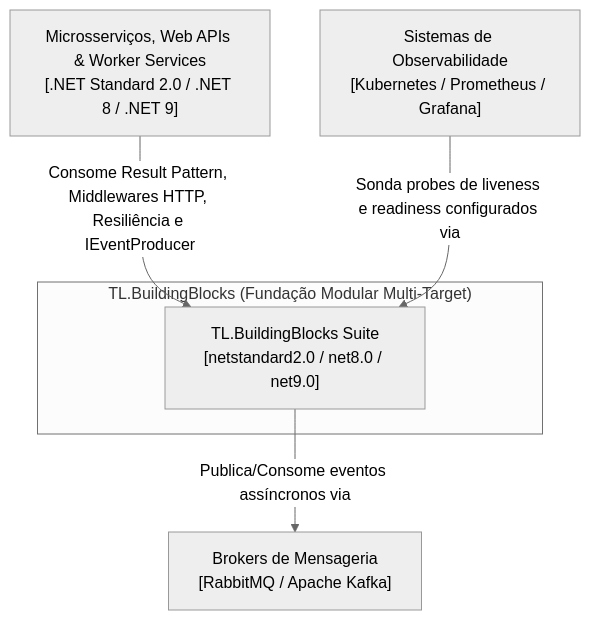
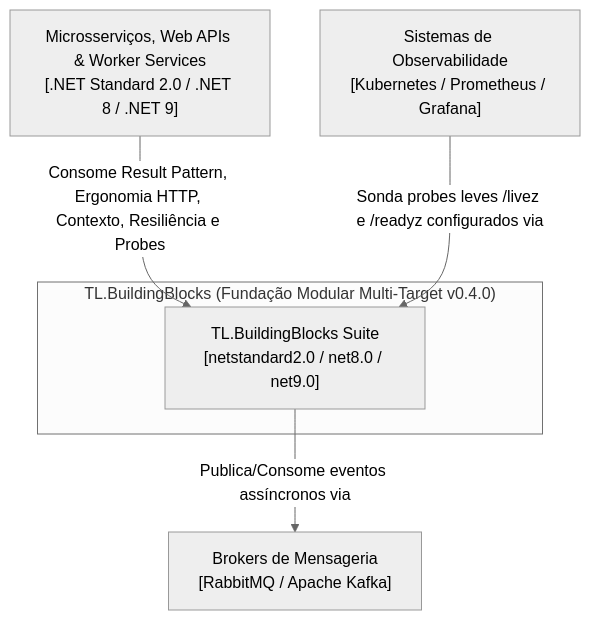
The first of 2 diagrams in docs/arquitetura/visao-geral.md (thaylonlopes/BuildingBlocks), drawn with Mermaid (neutral theme) before and after one commit. The commit also changed other lines of this file and 11 other files, not shown here.

````diff
--- a/docs/arquitetura/visao-geral.md
+++ b/docs/arquitetura/visao-geral.md
@@ -22,14 +21,14 @@
 ```mermaid
 graph TD
     Client["Microsserviços, Web APIs & Worker Services<br/>[.NET Standard 2.0 / .NET 8 / .NET 9]"]
     Prometheus["Sistemas de Observabilidade<br/>[Kubernetes / Prometheus / Grafana]"]
     Brokers["Brokers de Mensageria<br/>[RabbitMQ / Apache Kafka]"]
 
-    subgraph BuildingBlocksSystem ["TL.BuildingBlocks (Fundação Modular Multi-Target)"]
+    subgraph BuildingBlocksSystem ["TL.BuildingBlocks (Fundação Modular Multi-Target v0.4.0)"]
         BB["TL.BuildingBlocks Suite<br/>[netstandard2.0 / net8.0 / net9.0]"]
     end
 
-    Client -->|"Consome Result Pattern, Middlewares HTTP, Resiliência e IEventProducer"| BB
+    Client -->|"Consome Result Pattern, Ergonomia HTTP, Contexto, Resiliência e Probes"| BB
     BB -->|"Publica/Consome eventos assíncronos via"| Brokers
-    Prometheus -->|"Sonda probes de liveness e readiness configurados via"| BB
+    Prometheus -->|"Sonda probes leves /livez e /readyz configurados via"| BB
 ```
````
